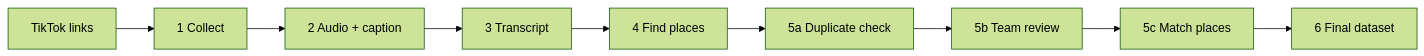
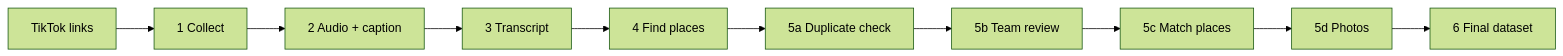
One commit to TvNa-By-Imigrants/TvNa-Web changed the diagram in docs/tvna_pipeline_explained.md. Above: the diagram before and after it, drawn with Mermaid (forest theme). The commit also changed other lines of this file and 6 other files, not shown here.

Commit message:
Docs: the new flow (5b clean, 5c match by range, 5d photos, 6), photo guide, Cloudinary setup, place files everywhere, diagrams

````diff
--- a/docs/tvna_pipeline_explained.md
+++ b/docs/tvna_pipeline_explained.md
@@ -33,11 +36,12 @@
 ```mermaid
 flowchart LR
     L[TikTok links] --> S1[1 Collect]
     S1 --> S2[2 Audio + caption]
     S2 --> S3[3 Transcript]
     S3 --> S4[4 Find places]
     S4 --> S5a[5a Duplicate check]
     S5a --> S5b[5b Team review]
     S5b --> S5c[5c Match places]
-    S5c --> S6[6 Final dataset]
+    S5c --> S5d[5d Photos]
+    S5d --> S6[6 Final dataset]
 ```
````
